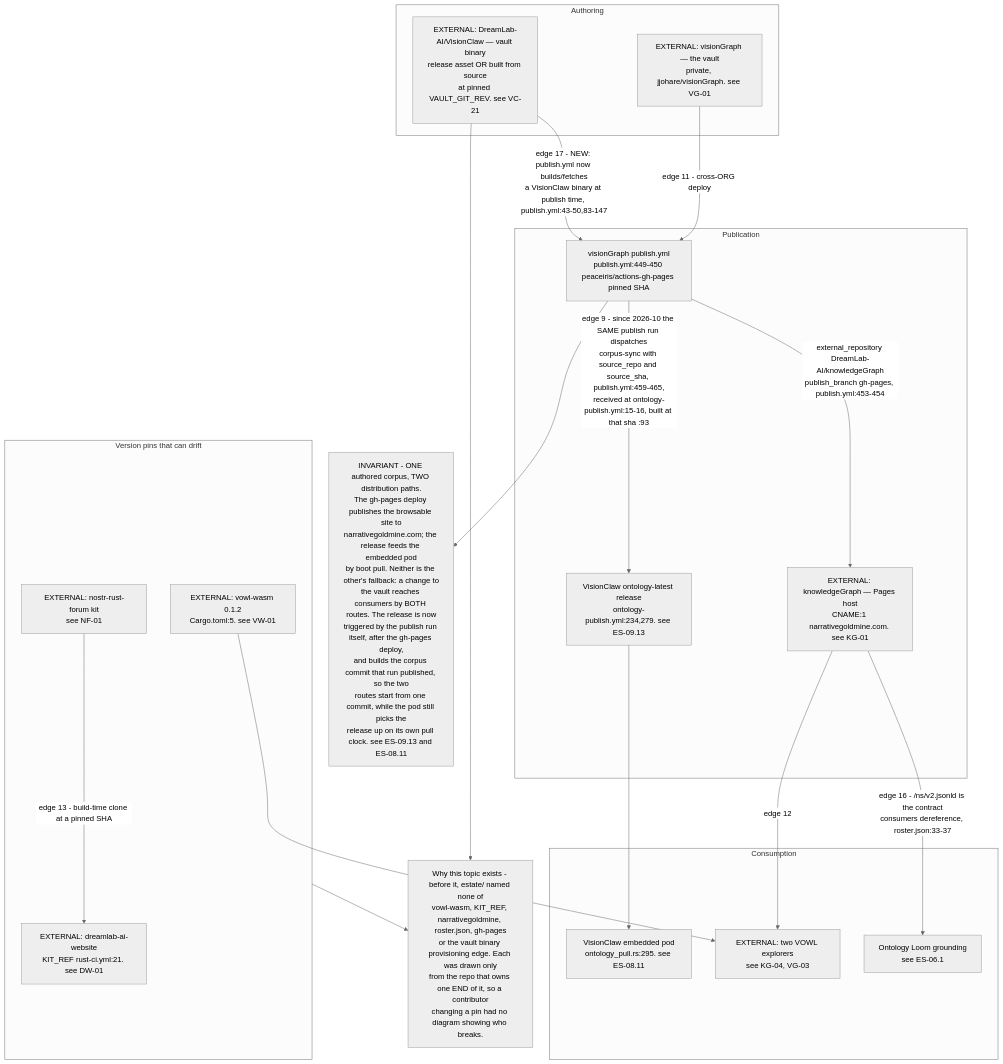
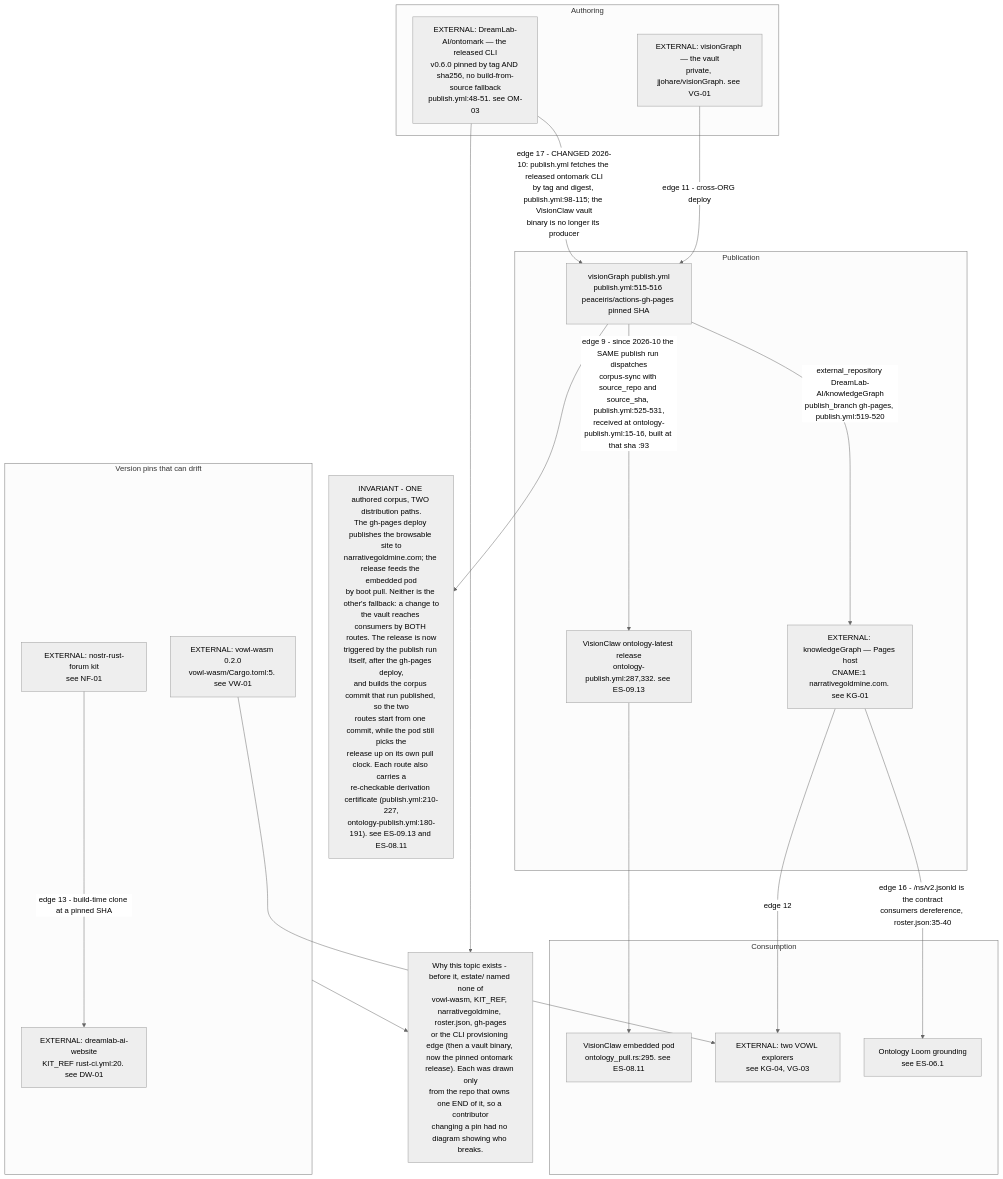
Before and after one commit to DreamLab-AI/VisionFlow: the first of 5 diagrams in docs/diagrams/estate/11-publishing-axis.md, drawn with Mermaid (neutral theme). The commit also changed other lines of this file and 160 other files, not shown here.

````diff
--- a/docs/diagrams/estate/11-publishing-axis.md
+++ b/docs/diagrams/estate/11-publishing-axis.md
@@ -25,39 +27,39 @@
 ```mermaid
 flowchart TB
     subgraph AUTHOR["Authoring"]
         VG["EXTERNAL: visionGraph — the vault<br/>private, jjohare/visionGraph. see VG-01"]
-        VC["EXTERNAL: DreamLab-AI/VisionClaw — vault binary<br/>release asset OR built from source<br/>at pinned VAULT_GIT_REV. see VC-21"]
+        OM["EXTERNAL: DreamLab-AI/ontomark — the released CLI<br/>v0.6.0 pinned by tag AND sha256, no build-from-source fallback<br/>publish.yml:48-51. see OM-03"]
     end
     subgraph PUB["Publication"]
-        PUBYML["visionGraph publish.yml<br/>publish.yml:449-450 peaceiris/actions-gh-pages pinned SHA"]
+        PUBYML["visionGraph publish.yml<br/>publish.yml:515-516 peaceiris/actions-gh-pages pinned SHA"]
         KG["EXTERNAL: knowledgeGraph — Pages host<br/>CNAME:1 narrativegoldmine.com. see KG-01"]
-        REL["VisionClaw ontology-latest release<br/>ontology-publish.yml:234,279. see ES-09.13"]
+        REL["VisionClaw ontology-latest release<br/>ontology-publish.yml:287,332. see ES-09.13"]
     end
     subgraph CONSUME["Consumption"]
         POD["VisionClaw embedded pod<br/>ontology_pull.rs:295. see ES-08.11"]
         EXPL["EXTERNAL: two VOWL explorers<br/>see KG-04, VG-03"]
         LOOM["Ontology Loom grounding<br/>see ES-06.1"]
     end
     subgraph PINS["Version pins that can drift"]
-        VW["EXTERNAL: vowl-wasm 0.1.2<br/>Cargo.toml:5. see VW-01"]
+        VW["EXTERNAL: vowl-wasm 0.2.0<br/>vowl-wasm/Cargo.toml:5. see VW-01"]
         NF["EXTERNAL: nostr-rust-forum kit<br/>see NF-01"]
-        DW["EXTERNAL: dreamlab-ai-website<br/>KIT_REF rust-ci.yml:21. see DW-01"]
+        DW["EXTERNAL: dreamlab-ai-website<br/>KIT_REF rust-ci.yml:20. see DW-01"]
     end
 
-    VC -->|"edge 17 - NEW: publish.yml now builds/fetches<br/>a VisionClaw binary at publish time, publish.yml:43-50,83-147"| PUBYML
+    OM -->|"edge 17 - CHANGED 2026-10: publish.yml fetches the released ontomark CLI<br/>by tag and digest, publish.yml:98-115; the VisionClaw vault<br/>binary is no longer its producer"| PUBYML
     VG -->|"edge 11 - cross-ORG deploy"| PUBYML
-    PUBYML -->|"external_repository DreamLab-AI/knowledgeGraph<br/>publish_branch gh-pages, publish.yml:453-454"| KG
-    PUBYML -->|"edge 9 - since 2026-10 the SAME publish run dispatches<br/>corpus-sync with source_repo and source_sha, publish.yml:459-465,<br/>received at ontology-publish.yml:15-16, built at that sha :93"| REL
+    PUBYML -->|"external_repository DreamLab-AI/knowledgeGraph<br/>publish_branch gh-pages, publish.yml:519-520"| KG
+    PUBYML -->|"edge 9 - since 2026-10 the SAME publish run dispatches<br/>corpus-sync with source_repo and source_sha, publish.yml:525-531,<br/>received at ontology-publish.yml:15-16, built at that sha :93"| REL
     REL --> POD
-    KG -->|"edge 16 - /ns/v2.jsonld is the contract<br/>consumers dereference, roster.json:33-37"| LOOM
+    KG -->|"edge 16 - /ns/v2.jsonld is the contract<br/>consumers dereference, roster.json:35-40"| LOOM
     KG -->|"edge 12"| EXPL
     VW --> EXPL
     NF -->|"edge 13 - build-time clone at a pinned SHA"| DW
 
-    INV["INVARIANT - ONE authored corpus, TWO distribution paths.<br/>The gh-pages deploy publishes the browsable site to<br/>narrativegoldmine.com; the release feeds the embedded pod<br/>by boot pull. Neither is the other's fallback: a change to<br/>the vault reaches consumers by BOTH routes. The release is now<br/>triggered by the publish run itself, after the gh-pages deploy,<br/>and builds the corpus commit that run published, so the two<br/>routes start from one commit, while the pod still picks the<br/>release up on its own pull clock. see ES-09.13 and ES-08.11"]
-    GAP["Why this topic exists - before it, estate/ named none of<br/>vowl-wasm, KIT_REF, narrativegoldmine, roster.json, gh-pages<br/>or the vault binary provisioning edge. Each was drawn only<br/>from the repo that owns one END of it, so a contributor<br/>changing a pin had no diagram showing who breaks."]
+    INV["INVARIANT - ONE authored corpus, TWO distribution paths.<br/>The gh-pages deploy publishes the browsable site to<br/>narrativegoldmine.com; the release feeds the embedded pod<br/>by boot pull. Neither is the other's fallback: a change to<br/>the vault reaches consumers by BOTH routes. The release is now<br/>triggered by the publish run itself, after the gh-pages deploy,<br/>and builds the corpus commit that run published, so the two<br/>routes start from one commit, while the pod still picks the<br/>release up on its own pull clock. Each route also carries a<br/>re-checkable derivation certificate (publish.yml:210-227,<br/>ontology-publish.yml:180-191). see ES-09.13 and ES-08.11"]
+    GAP["Why this topic exists - before it, estate/ named none of<br/>vowl-wasm, KIT_REF, narrativegoldmine, roster.json, gh-pages<br/>or the CLI provisioning edge (then a vault binary, now the pinned ontomark release). Each was drawn only<br/>from the repo that owns one END of it, so a contributor<br/>changing a pin had no diagram showing who breaks."]
 
     PUBYML --> INV
     PINS --> GAP
-    VC --> GAP
+    OM --> GAP
 ```
````
